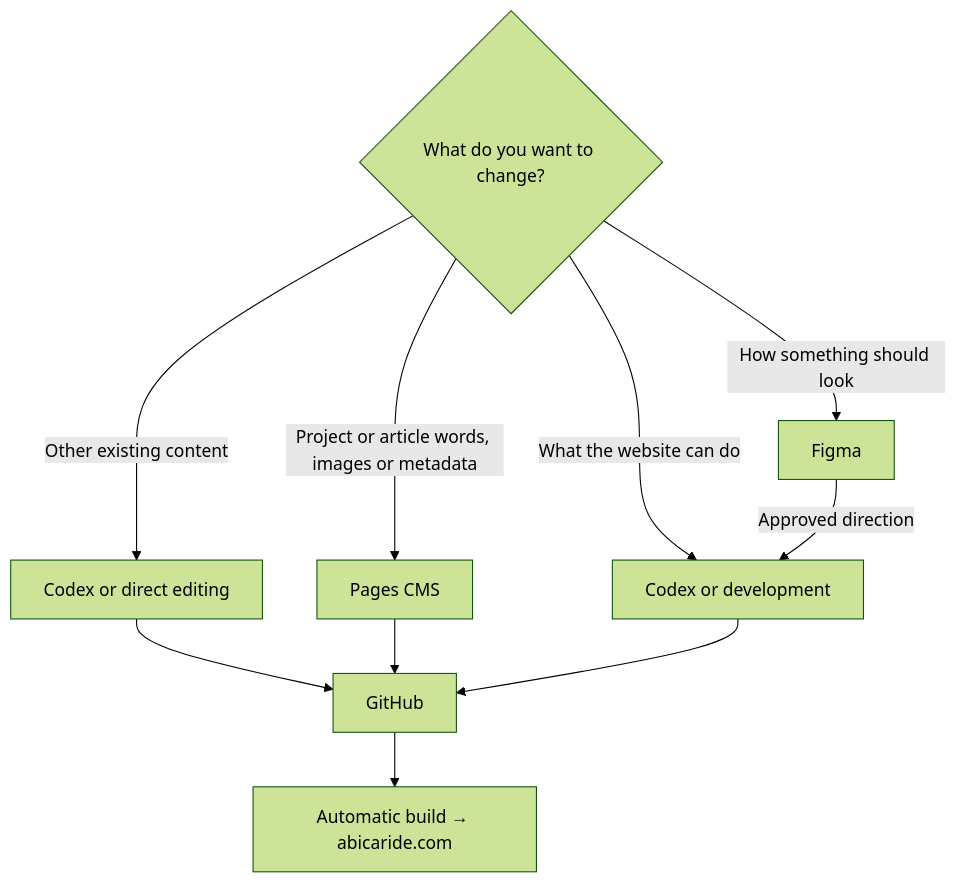
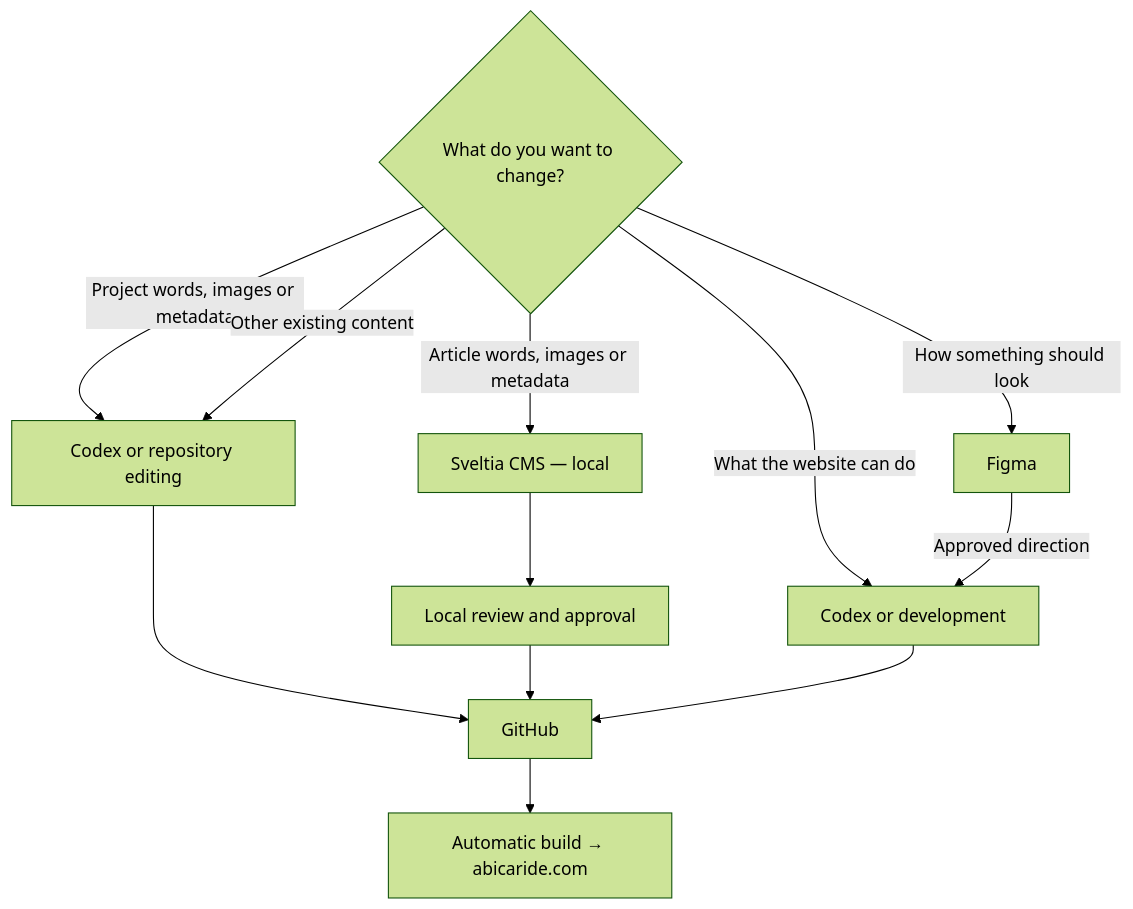
The first of 7 diagrams in docs/WORKFLOW.md (abicaride/abicaride.com), drawn with Mermaid (forest theme) before and after one commit. The commit also changed other lines of this file and 34 other files, not shown here.

Commit message:
feat: adopt local Sveltia writing workflow

````diff
--- a/docs/WORKFLOW.md
+++ b/docs/WORKFLOW.md
@@ -39,13 +39,15 @@
 ```mermaid
 flowchart TD
     Q{"What do you want to change?"}
-    Q -->|"Project or article words, images or metadata"| CMS["Pages CMS"]
-    Q -->|"Other existing content"| DIRECT["Codex or direct editing"]
+    Q -->|"Project words, images or metadata"| DIRECT["Codex or repository editing"]
+    Q -->|"Article words, images or metadata"| SVELTIA["Sveltia CMS — local"]
+    Q -->|"Other existing content"| DIRECT
     Q -->|"How something should look"| FIGMA["Figma"]
     Q -->|"What the website can do"| DEV["Codex or development"]
     FIGMA -->|"Approved direction"| DEV
     DIRECT --> GIT["GitHub"]
-    CMS --> GIT
+    SVELTIA --> REVIEW["Local review and approval"]
+    REVIEW --> GIT
     DEV --> GIT
     GIT --> SITE["Automatic build → abicaride.com"]
 ```
````
